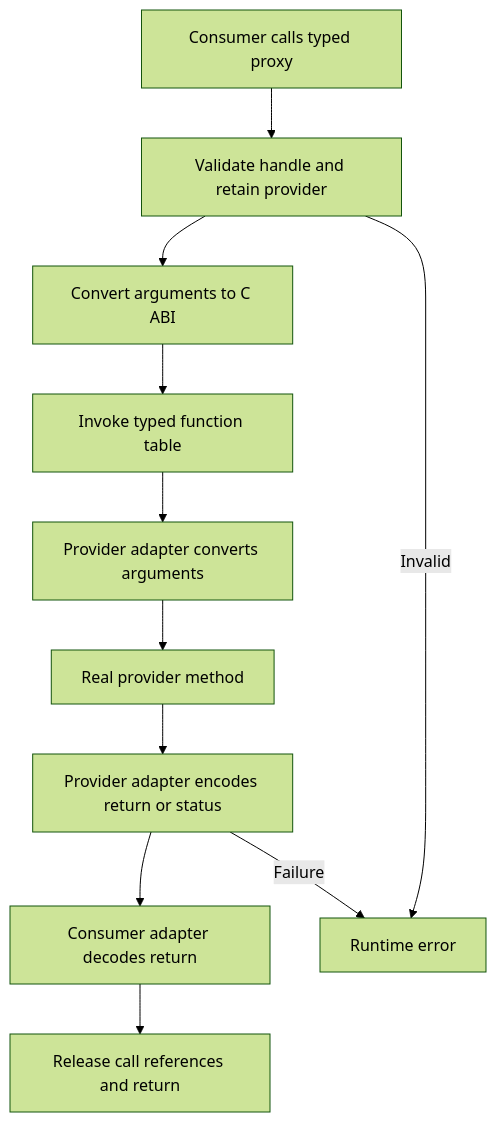
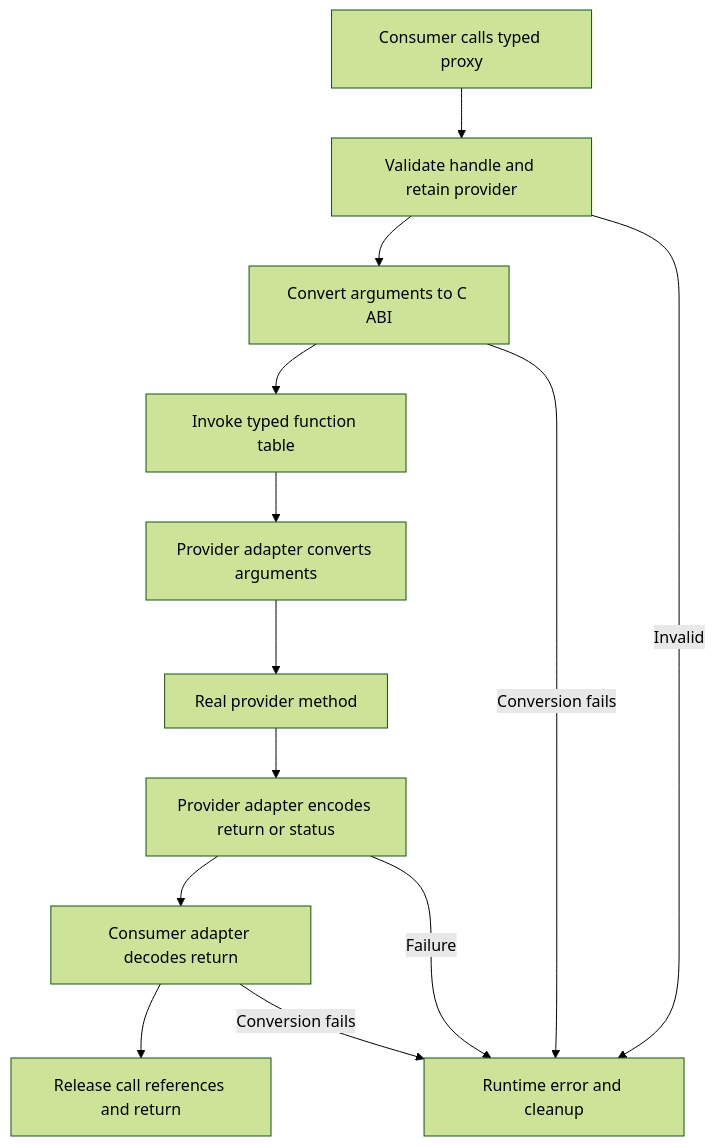
Before and after one commit to polyglue/polyglue: diagram 16 of 35 in PROJECT.md, drawn with Mermaid (forest theme). The commit also changed other lines of this file and 2 other files, not shown here.

Commit message:
docs: refine beginner guide and diagram details

````diff
--- a/PROJECT.md
+++ b/PROJECT.md
@@ -2371,13 +2390,15 @@
 ```mermaid
 flowchart TD
     A["Consumer calls typed proxy"] --> B["Validate handle and retain provider"]
     B --> C["Convert arguments to C ABI"]
     C --> D["Invoke typed function table"]
     D --> E["Provider adapter converts arguments"]
     E --> F["Real provider method"]
     F --> G["Provider adapter encodes return or status"]
     G --> H["Consumer adapter decodes return"]
     H --> I["Release call references and return"]
-    B -->|Invalid| X["Runtime error"]
+    B -->|Invalid| X["Runtime error and cleanup"]
+    C -->|Conversion fails| X
     G -->|Failure| X
+    H -->|Conversion fails| X
 ```
````
